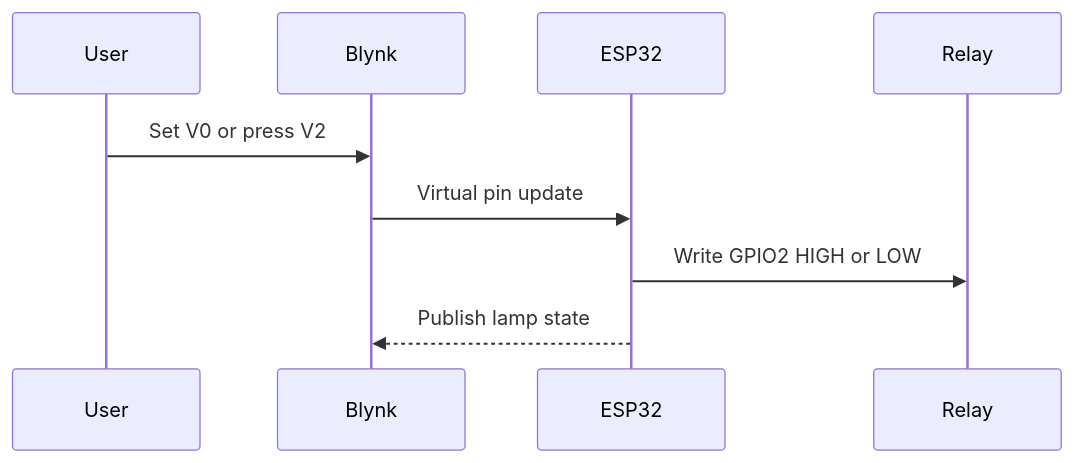
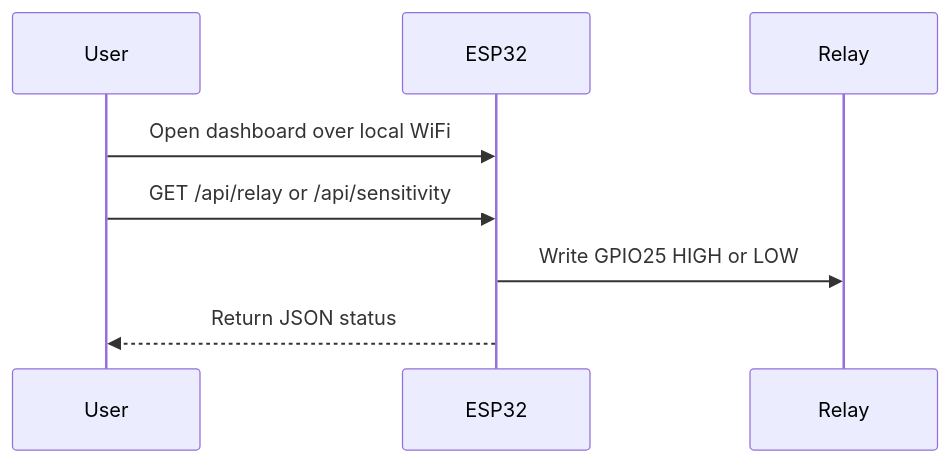
One commit to fatidaprilian/ClapControl-IoT changed the third of 3 diagrams in docs/flow-overview.md. Above: the diagram before and after it, drawn with Mermaid. The commit also changed other lines of this file and 17 other files, not shown here.

First line of the commit message:
Refactor ClapControl IoT to use local web dashboard instead of Blynk

````diff
--- a/docs/flow-overview.md
+++ b/docs/flow-overview.md
@@ -35,11 +34,10 @@
 ```mermaid
 sequenceDiagram
   participant User
-  participant Blynk
   participant ESP32
   participant Relay
-  User->>Blynk: Set V0 or press V2
-  Blynk->>ESP32: Virtual pin update
-  ESP32->>Relay: Write GPIO2 HIGH or LOW
-  ESP32-->>Blynk: Publish lamp state
+  User->>ESP32: Open dashboard over local WiFi
+  User->>ESP32: GET /api/relay or /api/sensitivity
+  ESP32->>Relay: Write GPIO25 HIGH or LOW
+  ESP32-->>User: Return JSON status
 ```
````
